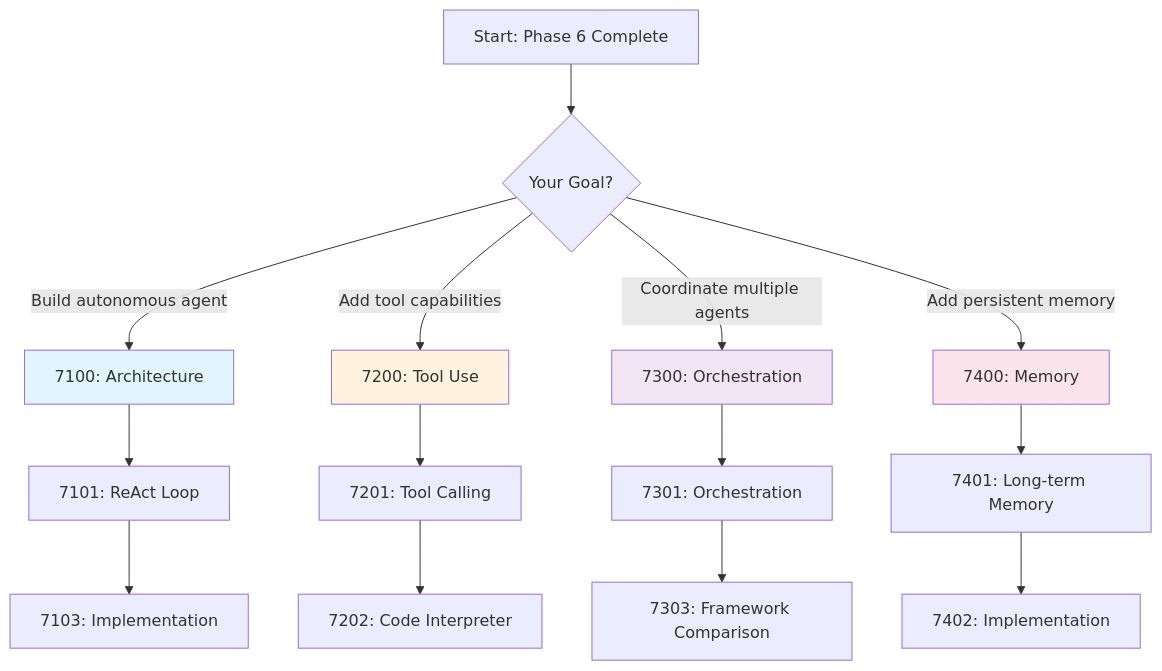
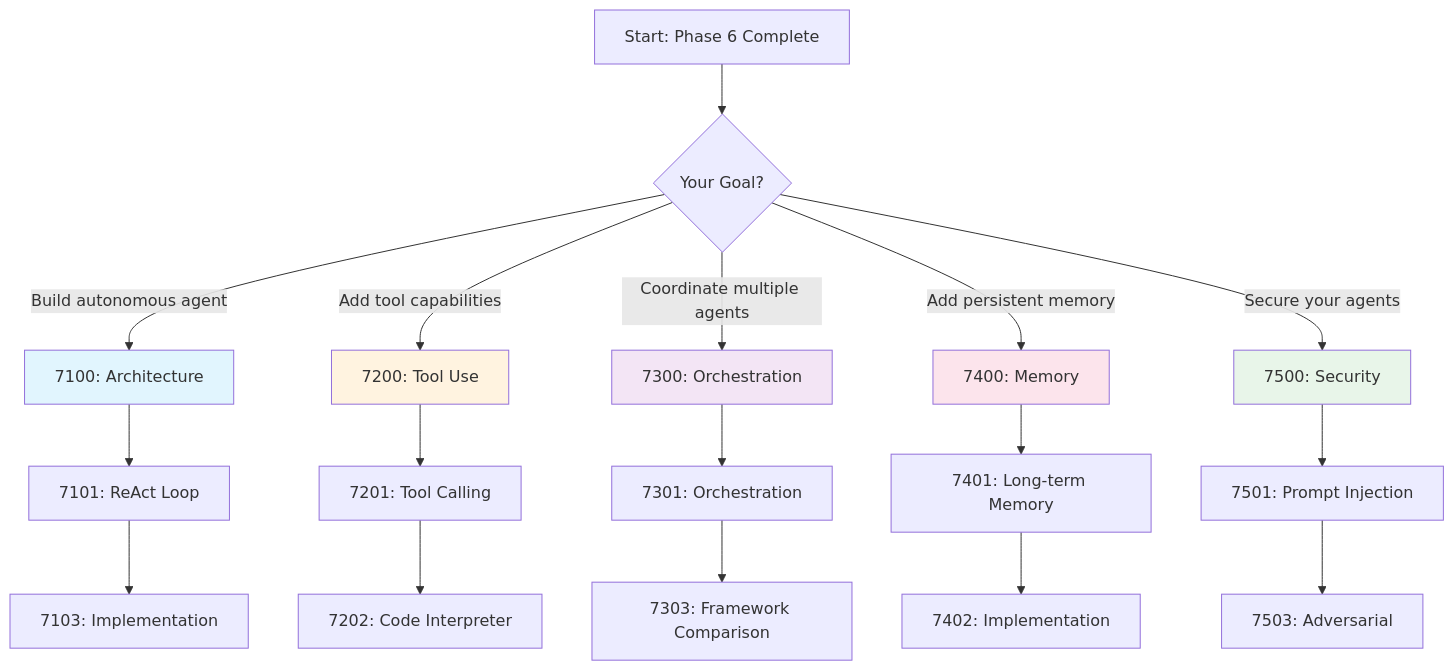
The fifth of 5 diagrams in docs/phases/phase7-agentic/README.md (minderhq/academy), drawn with Mermaid before and after one commit. The commit also changed other lines of this file and 1 other file, not shown here.

````diff
--- a/docs/phases/phase7-agentic/README.md
+++ b/docs/phases/phase7-agentic/README.md
@@ -566,26 +587,31 @@
 ```mermaid
 graph TD
     A[Start: Phase 6 Complete] --> B{Your Goal?}
 
     B -->|Build autonomous agent| C[7100: Architecture]
     B -->|Add tool capabilities| D[7200: Tool Use]
     B -->|Coordinate multiple agents| E[7300: Orchestration]
     B -->|Add persistent memory| F[7400: Memory]
+    B -->|Secure your agents| O[7500: Security]
 
     C --> G[7101: ReAct Loop]
     G --> H[7103: Implementation]
 
     D --> I[7201: Tool Calling]
     I --> J[7202: Code Interpreter]
 
     E --> K[7301: Orchestration]
     K --> L[7303: Framework Comparison]
 
     F --> M[7401: Long-term Memory]
     M --> N[7402: Implementation]
 
+    O --> P[7501: Prompt Injection]
+    P --> Q[7503: Adversarial]
+
     style C fill:#e1f5fe
     style D fill:#fff3e0
     style E fill:#f3e5f5
     style F fill:#fce4ec
+    style O fill:#e8f5e9
 ```
````
